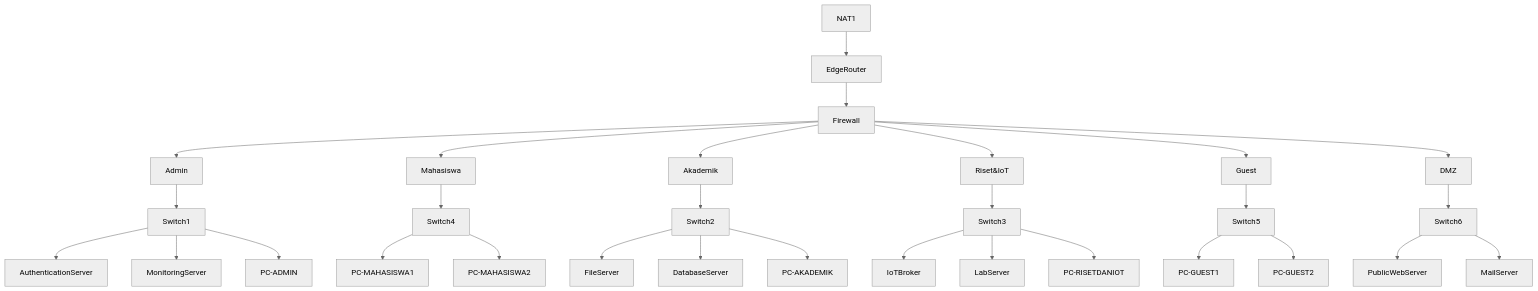
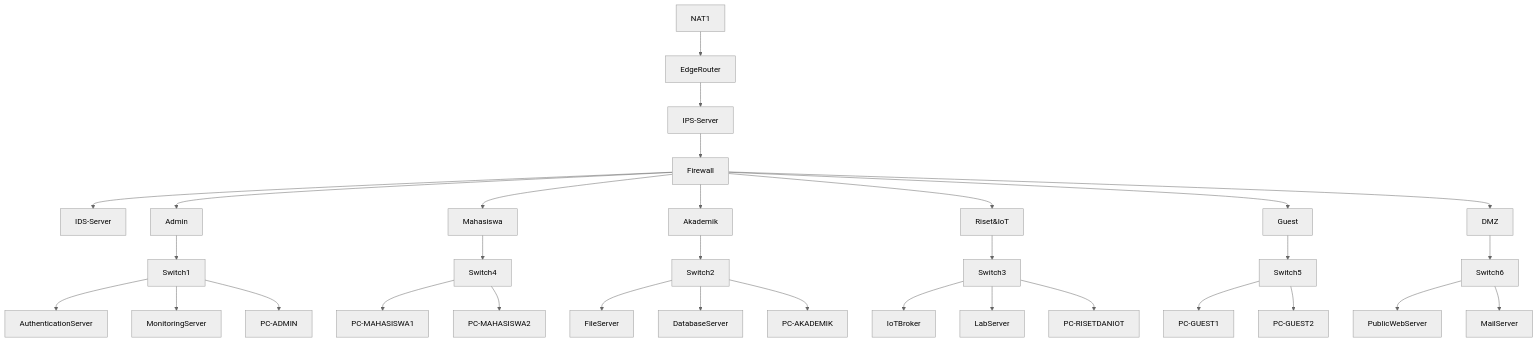
Before and after one commit to zelebwr/its-secure-network-challenge: the diagram in note.md, drawn with Mermaid (neutral theme). The commit also changed other lines of this file and 10 other files, not shown here.

````diff
--- a/note.md
+++ b/note.md
@@ -9,12 +9,13 @@
 ```mermaid
 graph TD;
     NAT1-->EdgeRouter;
-    EdgeRouter-->Firewall;
+    EdgeRouter--> IPS-Server --> Firewall;
+    Firewall --> IDS-Server;
     Firewall-->Admin & Mahasiswa & Akademik & Riset&IoT & Guest & DMZ;
     Admin-->Switch1-->AuthenticationServer & MonitoringServer & PC-ADMIN;
     Akademik-->Switch2-->FileServer & DatabaseServer & PC-AKADEMIK;
     Riset&IoT-->Switch3-->IoTBroker & LabServer & PC-RISETDANIOT;
     Mahasiswa-->Switch4-->PC-MAHASISWA1 & PC-MAHASISWA2;
 	Guest-->Switch5-->PC-GUEST1 & PC-GUEST2;
 	DMZ-->Switch6-->PublicWebServer & MailServer;
 ```
````
